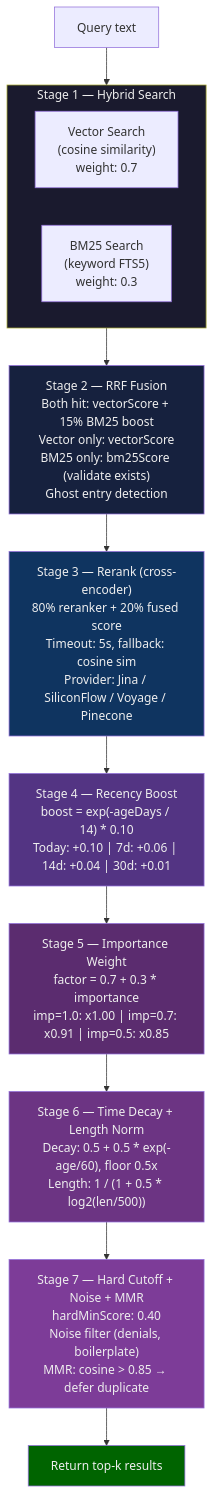
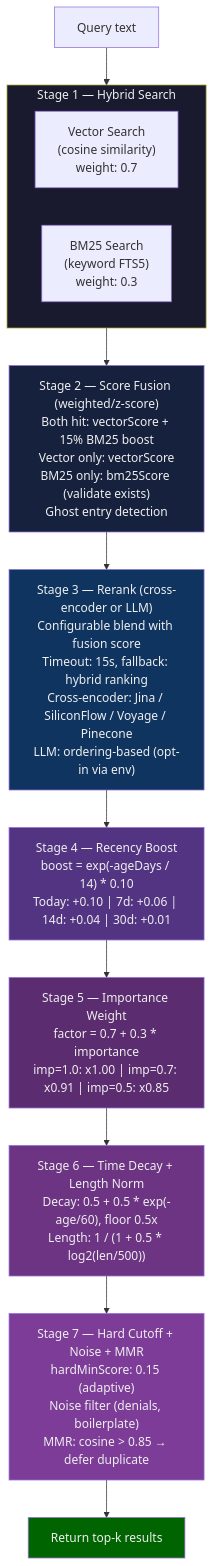
The fourth of 9 diagrams in docs/PIPELINE.md (ofan/memex), drawn with Mermaid before and after one commit. The commit also changed other lines of this file and 34 other files, not shown here.

````diff
--- a/docs/PIPELINE.md
+++ b/docs/PIPELINE.md
@@ -188,33 +188,33 @@
 ```mermaid
 flowchart TD
     Q["Query text"] --> S1
 
     subgraph S1["Stage 1 — Hybrid Search"]
         direction LR
         VS["Vector Search<br/>(cosine similarity)<br/>weight: 0.7"]
         BM["BM25 Search<br/>(keyword FTS5)<br/>weight: 0.3"]
     end
 
-    S1 --> S2["Stage 2 — RRF Fusion<br/>Both hit: vectorScore + 15% BM25 boost<br/>Vector only: vectorScore<br/>BM25 only: bm25Score (validate exists)<br/>Ghost entry detection"]
+    S1 --> S2["Stage 2 — Score Fusion (weighted/z-score)<br/>Both hit: vectorScore + 15% BM25 boost<br/>Vector only: vectorScore<br/>BM25 only: bm25Score (validate exists)<br/>Ghost entry detection"]
 
-    S2 --> S3["Stage 3 — Rerank (cross-encoder)<br/>80% reranker + 20% fused score<br/>Timeout: 5s, fallback: cosine sim<br/>Provider: Jina / SiliconFlow / Voyage / Pinecone"]
+    S2 --> S3["Stage 3 — Rerank (cross-encoder or LLM)<br/>Configurable blend with fusion score<br/>Timeout: 15s, fallback: hybrid ranking<br/>Cross-encoder: Jina / SiliconFlow / Voyage / Pinecone<br/>LLM: ordering-based (opt-in via env)"]
 
     S3 --> S4["Stage 4 — Recency Boost<br/>boost = exp(-ageDays / 14) * 0.10<br/>Today: +0.10 | 7d: +0.06 | 14d: +0.04 | 30d: +0.01"]
 
     S4 --> S5["Stage 5 — Importance Weight<br/>factor = 0.7 + 0.3 * importance<br/>imp=1.0: x1.00 | imp=0.7: x0.91 | imp=0.5: x0.85"]
 
     S5 --> S6["Stage 6 — Time Decay + Length Norm<br/>Decay: 0.5 + 0.5 * exp(-age/60), floor 0.5x<br/>Length: 1 / (1 + 0.5 * log2(len/500))"]
 
-    S6 --> S7["Stage 7 — Hard Cutoff + Noise + MMR<br/>hardMinScore: 0.40<br/>Noise filter (denials, boilerplate)<br/>MMR: cosine > 0.85 → defer duplicate"]
+    S6 --> S7["Stage 7 — Hard Cutoff + Noise + MMR<br/>hardMinScore: 0.15 (adaptive)<br/>Noise filter (denials, boilerplate)<br/>MMR: cosine > 0.85 → defer duplicate"]
 
     S7 --> OUT["Return top-k results"]
 
     style S1 fill:#1a1a2e,color:#eee
     style S2 fill:#16213e,color:#eee
     style S3 fill:#0f3460,color:#eee
     style S4 fill:#533483,color:#eee
     style S5 fill:#5b2c6f,color:#eee
     style S6 fill:#6c3483,color:#eee
     style S7 fill:#7d3c98,color:#eee
     style OUT fill:#006400,color:#eee
 ```
````
